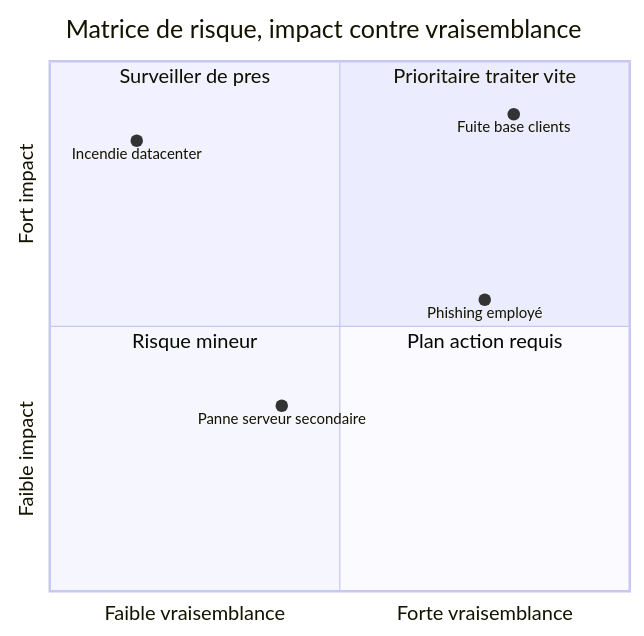
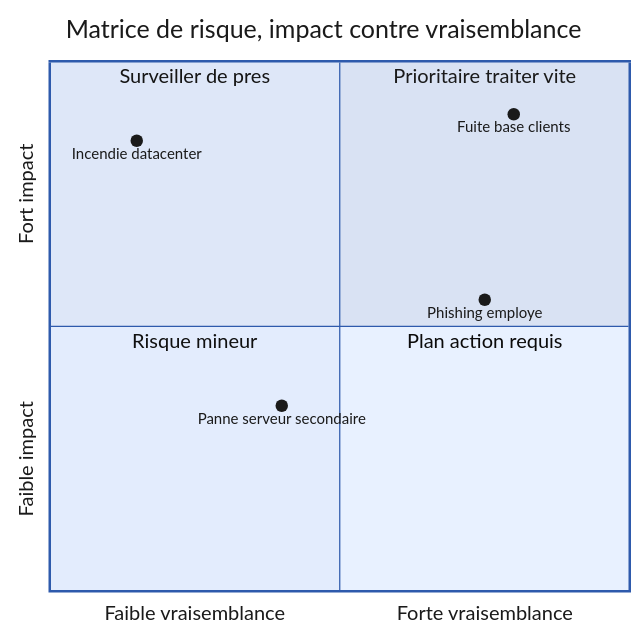
One commit to cchopin/Jedha-cybersec-fullstack changed the fifth of 10 diagrams in 12_governance_risk_compliance/grc.md. Above: the diagram before and after it, drawn with Mermaid. The commit also changed other lines of this file, not shown here.

````diff
--- a/12_governance_risk_compliance/grc.md
+++ b/12_governance_risk_compliance/grc.md
@@ -193,14 +197,15 @@
 ```mermaid
+%%{init: {'theme':'base', 'themeVariables': {'primaryColor':'#D9E2F3','primaryTextColor':'#1A1A1A','primaryBorderColor':'#2E5AAC','lineColor':'#555555','fontSize':'15px','textColor':'#1A1A1A','mainBkg':'#D9E2F3'}}}%%
 quadrantChart
     title Matrice de risque, impact contre vraisemblance
     x-axis Faible vraisemblance --> Forte vraisemblance
     y-axis Faible impact --> Fort impact
     quadrant-1 Prioritaire traiter vite
     quadrant-2 Surveiller de pres
     quadrant-3 Risque mineur
     quadrant-4 Plan action requis
     Fuite base clients: [0.8, 0.9]
     Panne serveur secondaire: [0.4, 0.35]
-    Phishing employé: [0.75, 0.55]
+    Phishing employe: [0.75, 0.55]
     Incendie datacenter: [0.15, 0.85]
 ```
````
